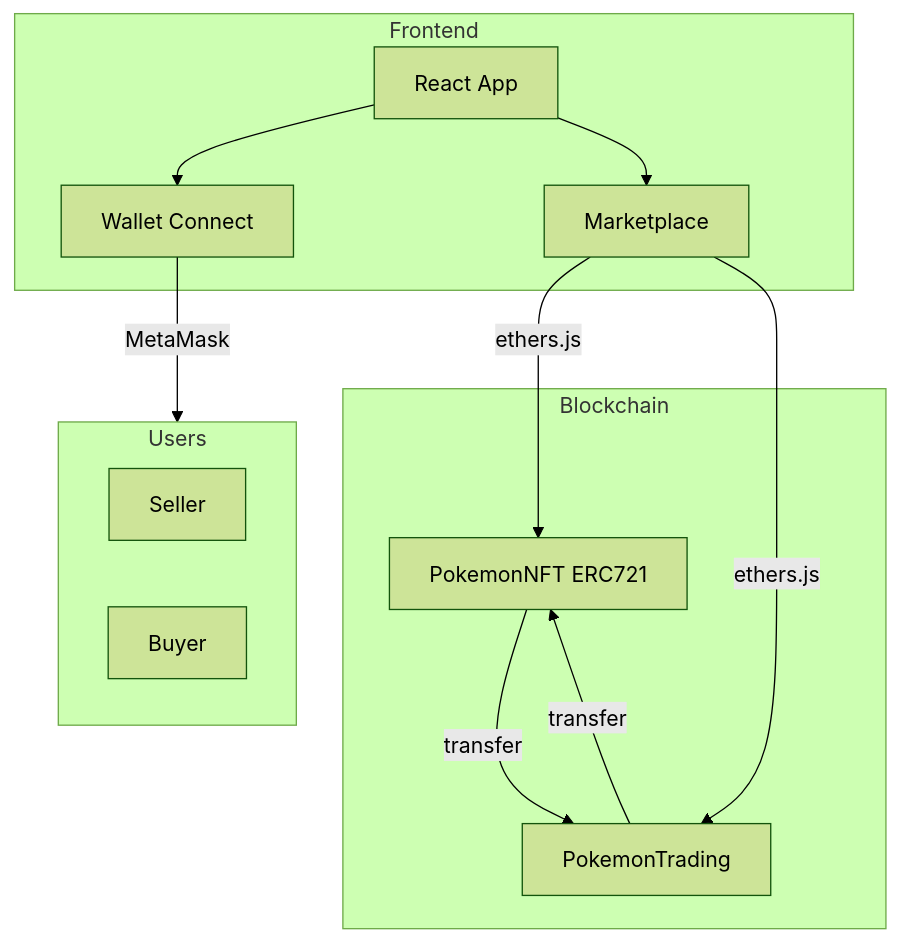
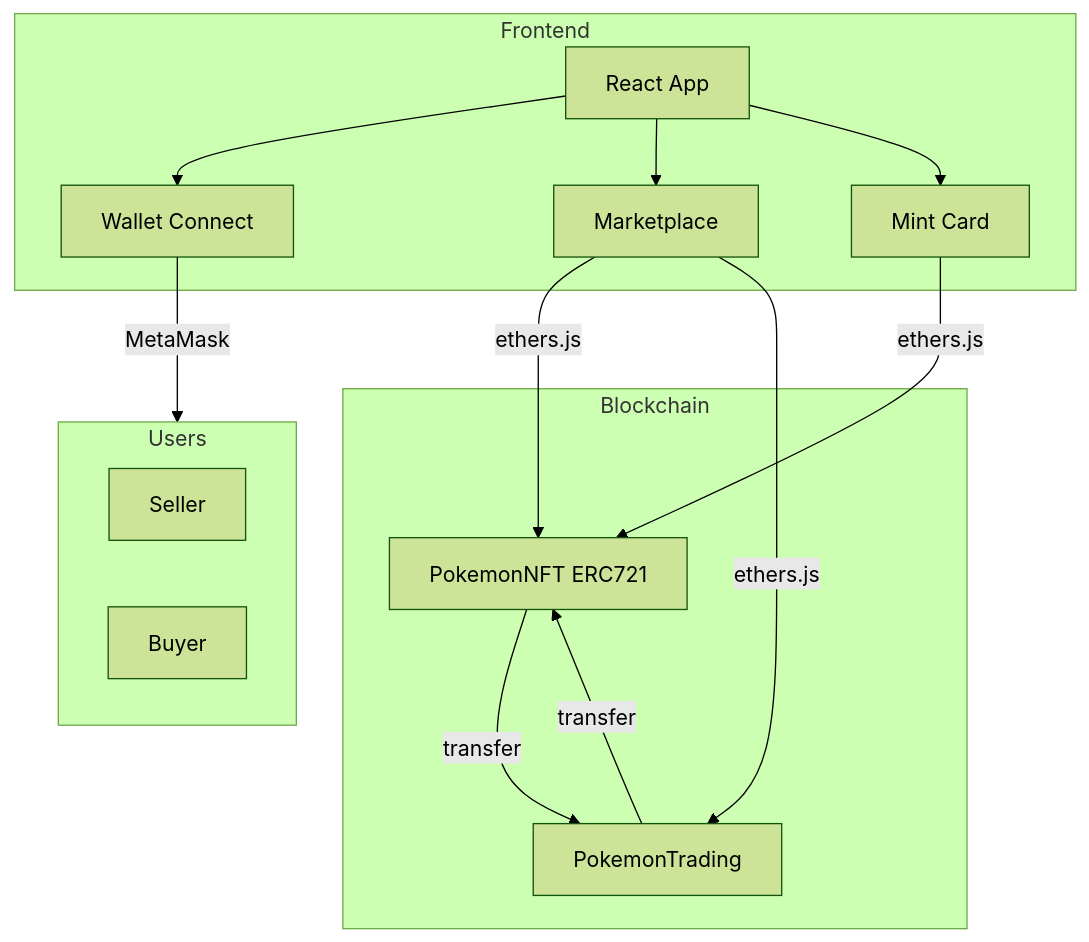
Before and after one commit to murtuza19/pokeone: the diagram in README.md, drawn with Mermaid (forest theme). The commit also changed other lines of this file, not shown here.

Commit message:
Update README: remove demo video section, add architecture details and frontend components

````diff
--- a/README.md
+++ b/README.md
@@ -111,26 +112,29 @@
 ```mermaid
 flowchart TB
     subgraph Frontend
         UI[React App]
         Wallet[Wallet Connect]
         Marketplace[Marketplace]
+        MintCard[Mint Card]
         UI --> Wallet
         UI --> Marketplace
+        UI --> MintCard
     end
 
     subgraph Blockchain
         NFT[PokemonNFT ERC721]
         Trading[PokemonTrading]
         NFT -->|transfer| Trading
         Trading -->|transfer| NFT
     end
 
     subgraph Users
         Seller[Seller]
         Buyer[Buyer]
     end
 
     Marketplace -->|ethers.js| NFT
     Marketplace -->|ethers.js| Trading
+    MintCard -->|ethers.js| NFT
     Wallet -->|MetaMask| Users
 ```
````
